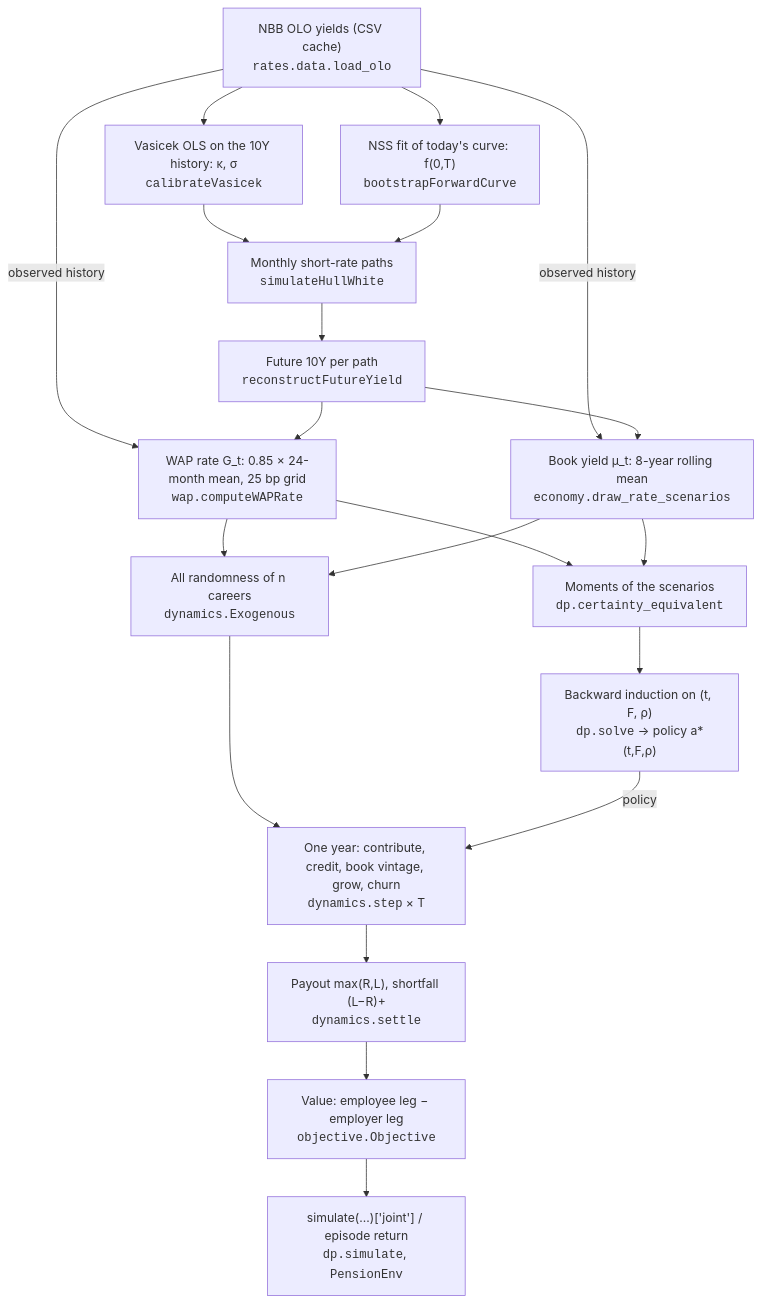
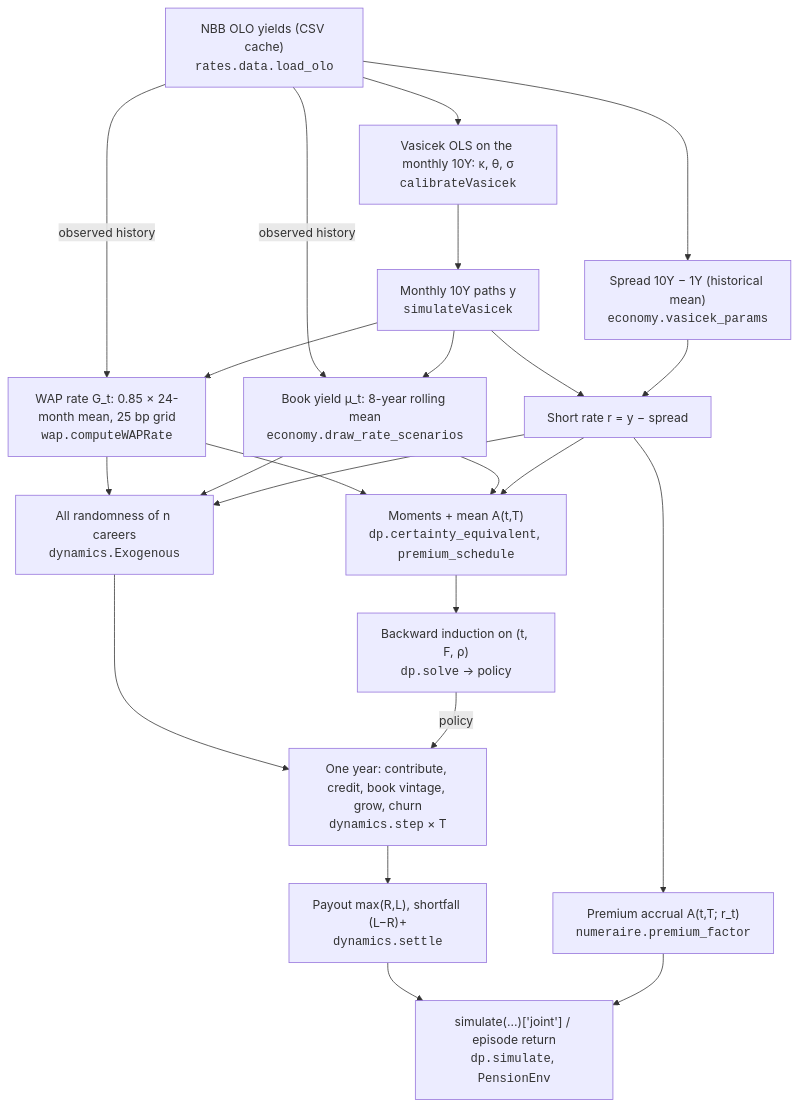
The diagram in paper/explanations/model-walkthrough.md (korilium/KuLeuven-Thesis-Second-Pillar-Pension-Optimisation-for-Belgian-Employers-via-Deep-RL), drawn with Mermaid before and after one commit. The commit also changed other lines of this file and 9 other files, not shown here.

````diff
--- a/paper/explanations/model-walkthrough.md
+++ b/paper/explanations/model-walkthrough.md
@@ -35,31 +44,33 @@
 ```mermaid
 flowchart TD
     CSV["NBB OLO yields (CSV cache)<br/><code>rates.data.load_olo</code>"]
-    VAS["Vasicek OLS on the 10Y history: κ, σ<br/><code>calibrateVasicek</code>"]
-    NSS["NSS fit of today's curve: f(0,T)<br/><code>bootstrapForwardCurve</code>"]
-    HW["Monthly short-rate paths<br/><code>simulateHullWhite</code>"]
-    Y10["Future 10Y per path<br/><code>reconstructFutureYield</code>"]
+    VAS["Vasicek OLS on the monthly 10Y: κ, θ, σ<br/><code>calibrateVasicek</code>"]
+    SPR["Spread 10Y − 1Y (historical mean)<br/><code>economy.vasicek_params</code>"]
+    SIM["Monthly 10Y paths y<br/><code>simulateVasicek</code>"]
+    R["Short rate r = y − spread"]
     WAP["WAP rate G_t: 0.85 × 24-month mean, 25 bp grid<br/><code>wap.computeWAPRate</code>"]
     MU["Book yield μ_t: 8-year rolling mean<br/><code>economy.draw_rate_scenarios</code>"]
     EXO["All randomness of n careers<br/><code>dynamics.Exogenous</code>"]
     STEP["One year: contribute, credit, book vintage, grow, churn<br/><code>dynamics.step</code> × T"]
+    ACC["Premium accrual A(t,T; r_t)<br/><code>numeraire.premium_factor</code>"]
     SET["Payout max(R,L), shortfall (L−R)+<br/><code>dynamics.settle</code>"]
-    OBJ["Value: employee leg − employer leg<br/><code>objective.Objective</code>"]
     J["simulate(...)['joint'] / episode return<br/><code>dp.simulate</code>, <code>PensionEnv</code>"]
-    CE["Moments of the scenarios<br/><code>dp.certainty_equivalent</code>"]
-    SOLVE["Backward induction on (t, F, ρ)<br/><code>dp.solve</code> → policy a*(t,F,ρ)"]
+    CE["Moments + mean A(t,T)<br/><code>dp.certainty_equivalent</code>, <code>premium_schedule</code>"]
+    SOLVE["Backward induction on (t, F, ρ)<br/><code>dp.solve</code> → policy"]
 
-    CSV --> VAS --> HW
-    CSV --> NSS --> HW
-    HW --> Y10
+    CSV --> VAS --> SIM --> R
+    CSV --> SPR --> R
     CSV -- observed history --> WAP
     CSV -- observed history --> MU
-    Y10 --> WAP
-    Y10 --> MU
+    SIM --> WAP
+    SIM --> MU
     WAP --> EXO
     MU --> EXO
-    EXO --> STEP --> SET --> OBJ --> J
+    R --> EXO
+    EXO --> STEP --> SET --> J
+    R --> ACC --> J
     WAP --> CE
     MU --> CE
+    R --> CE
     CE --> SOLVE -- policy --> STEP
 ```
````
